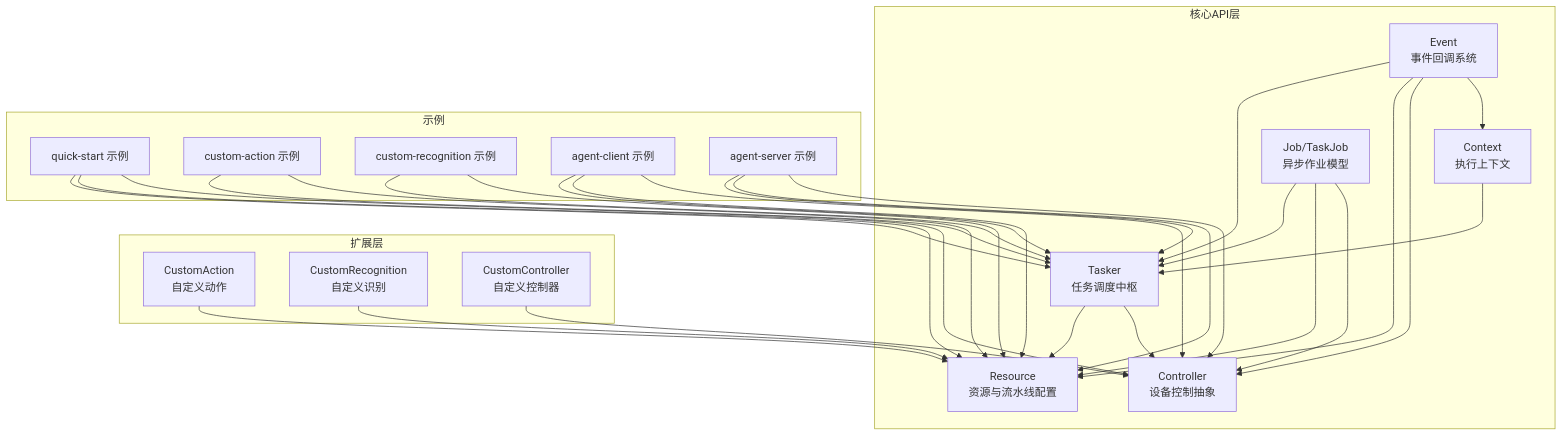
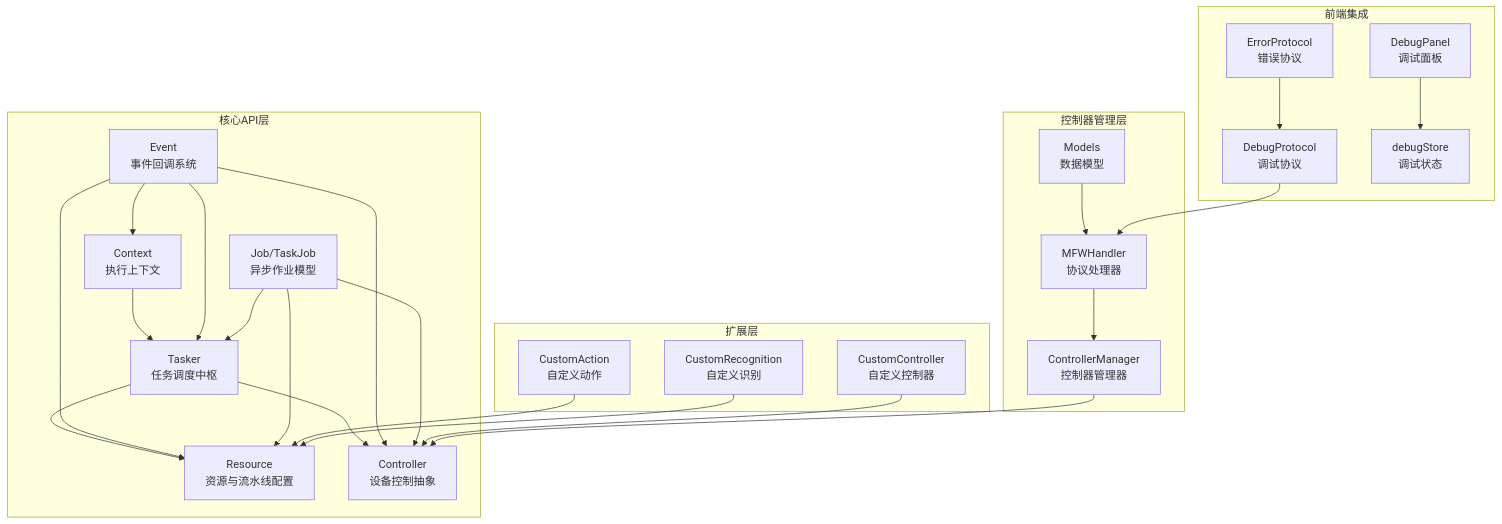
One commit to kqcoxn/MaaPipelineEditor changed the first of 10 diagrams in .qoder/repowiki/zh/content/API 参考/maafw-golang API 参考.md. Above: the diagram before and after it, drawn with Mermaid. The commit also changed other lines of this file and 10 other files, not shown here.

````diff
--- a/.qoder/repowiki/zh/content/API 参考/maafw-golang API 参考.md
+++ b/.qoder/repowiki/zh/content/API 参考/maafw-golang API 参考.md
@@ -57,49 +53,46 @@
 ```mermaid
 graph TB
 subgraph "核心API层"
 T["Tasker<br/>任务调度中枢"]
 R["Resource<br/>资源与流水线配置"]
 C["Controller<br/>设备控制抽象"]
 X["Context<br/>执行上下文"]
 E["Event<br/>事件回调系统"]
 J["Job/TaskJob<br/>异步作业模型"]
 end
 subgraph "扩展层"
 CA["CustomAction<br/>自定义动作"]
 CR["CustomRecognition<br/>自定义识别"]
 CC["CustomController<br/>自定义控制器"]
 end
-subgraph "示例"
-QS["quick-start 示例"]
-CAE["custom-action 示例"]
-CRE["custom-recognition 示例"]
-AC["agent-client 示例"]
-AS["agent-server 示例"]
+subgraph "控制器管理层"
+CM["ControllerManager<br/>控制器管理器"]
+H["MFWHandler<br/>协议处理器"]
+M["Models<br/>数据模型"]
+end
+subgraph "前端集成"
+DP["DebugProtocol<br/>调试协议"]
+EP["ErrorProtocol<br/>错误协议"]
+DB["DebugPanel<br/>调试面板"]
+DS["debugStore<br/>调试状态"]
 end
 T --> R
 T --> C
 X --> T
 E --> T
 E --> R
 E --> C
 E --> X
 J --> T
 J --> R
 J --> C
 CA --> R
 CR --> R
 CC --> C
-QS --> T
-QS --> R
-QS --> C
-CAE --> T
-CAE --> R
-CRE --> T
-CRE --> R
-AC --> T
-AC --> R
-AC --> C
-AS --> T
-AS --> R
-AS --> C
+CM --> C
+H --> CM
+M --> H
+DP --> H
+EP --> DP
+DB --> DS
 ```
````
